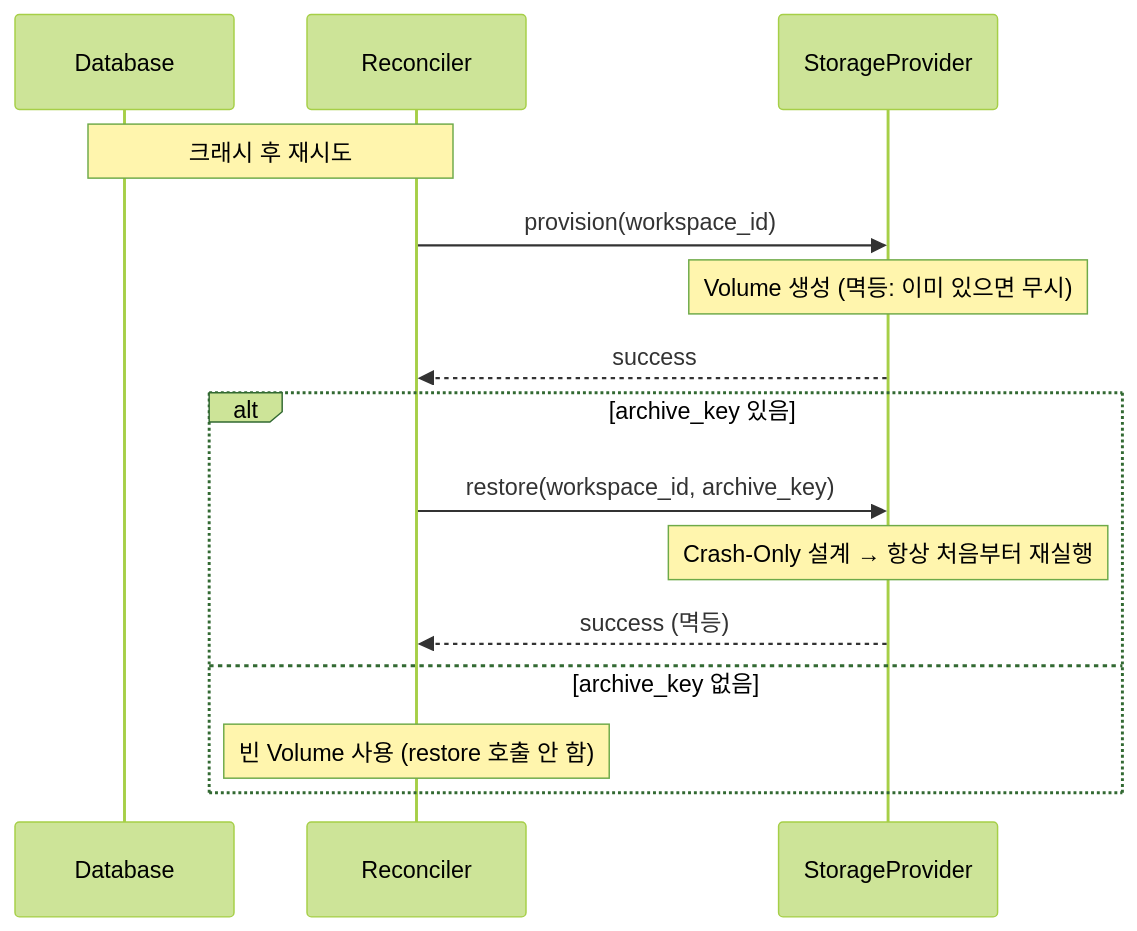
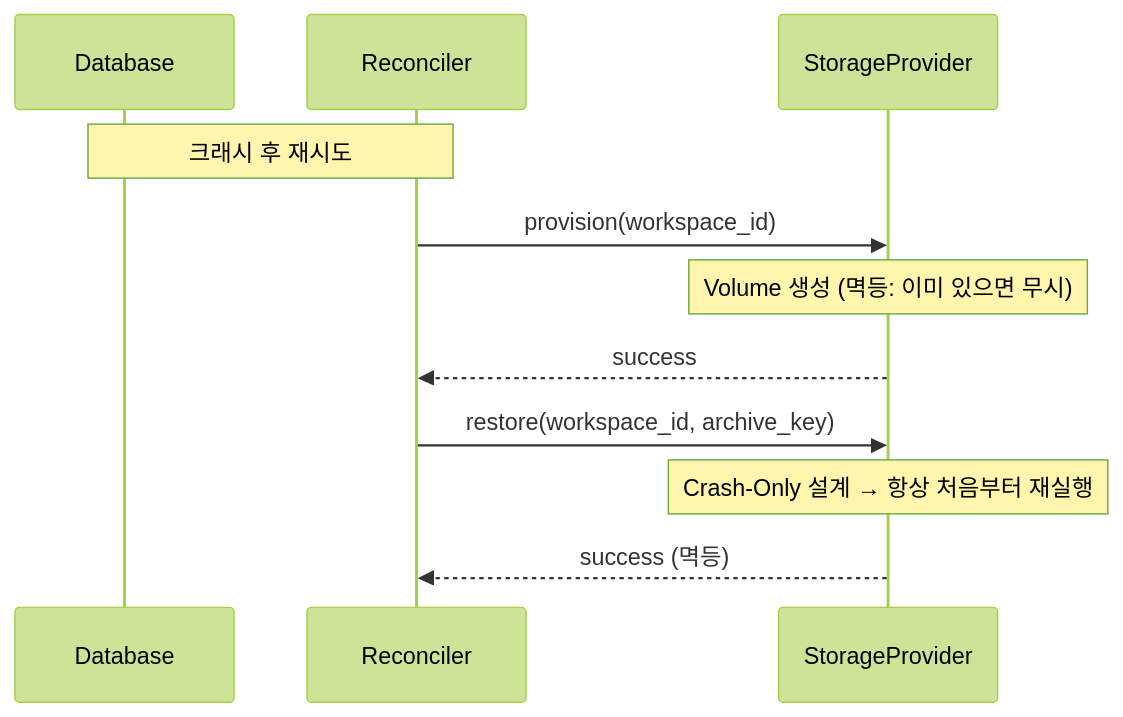
One commit to cagojeiger/code-hub changed the third of 5 diagrams in docs/spec_v2/storage-operations.md. Above: the diagram before and after it, drawn with Mermaid (forest theme). The commit also changed other lines of this file and 11 other files, not shown here.

````diff
--- a/docs/spec_v2/storage-operations.md
+++ b/docs/spec_v2/storage-operations.md
@@ -75,19 +107,15 @@
 ```mermaid
 sequenceDiagram
     participant DB as Database
     participant R as Reconciler
     participant S as StorageProvider
 
     Note over DB,R: 크래시 후 재시도
     R->>S: provision(workspace_id)
     Note over S: Volume 생성 (멱등: 이미 있으면 무시)
     S-->>R: success
 
-    alt archive_key 있음
-        R->>S: restore(workspace_id, archive_key)
-        Note over S: Crash-Only 설계 → 항상 처음부터 재실행
-        S-->>R: success (멱등)
-    else archive_key 없음
-        Note over R: 빈 Volume 사용 (restore 호출 안 함)
-    end
+    R->>S: restore(workspace_id, archive_key)
+    Note over S: Crash-Only 설계 → 항상 처음부터 재실행
+    S-->>R: success (멱등)
 ```
````
